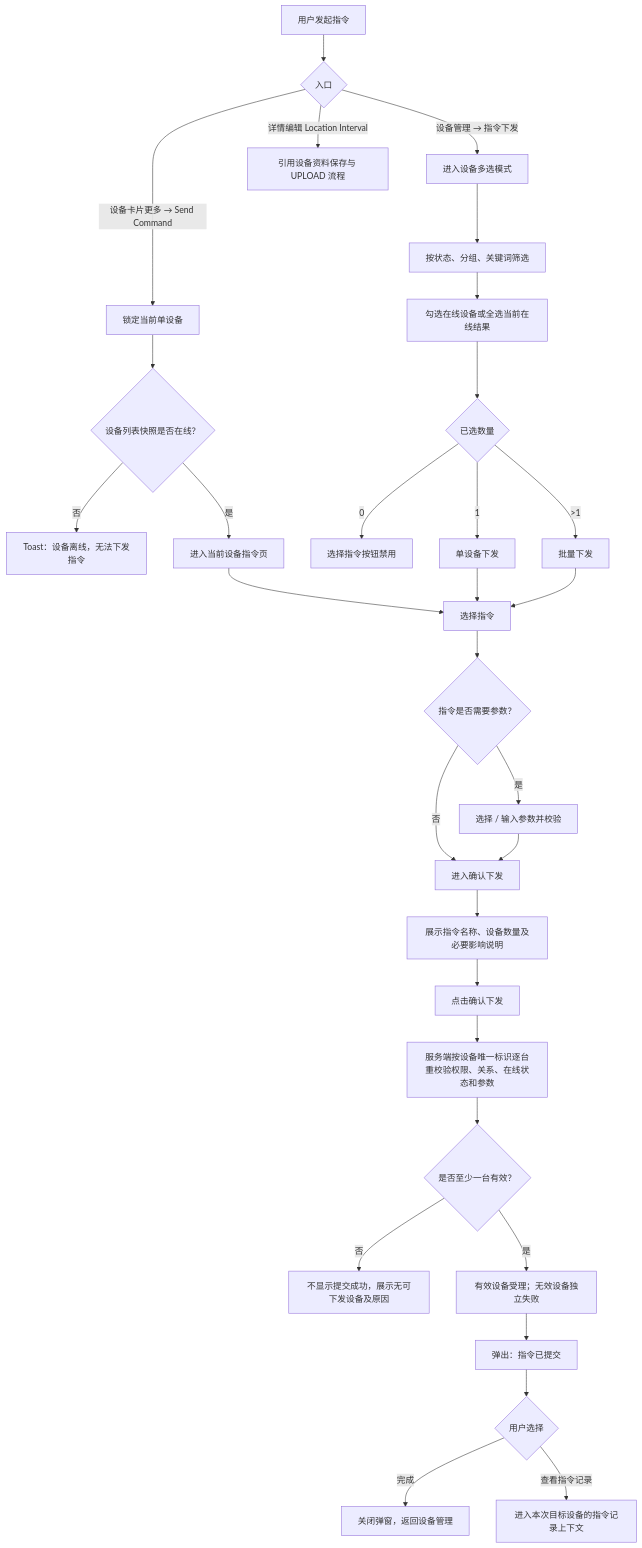
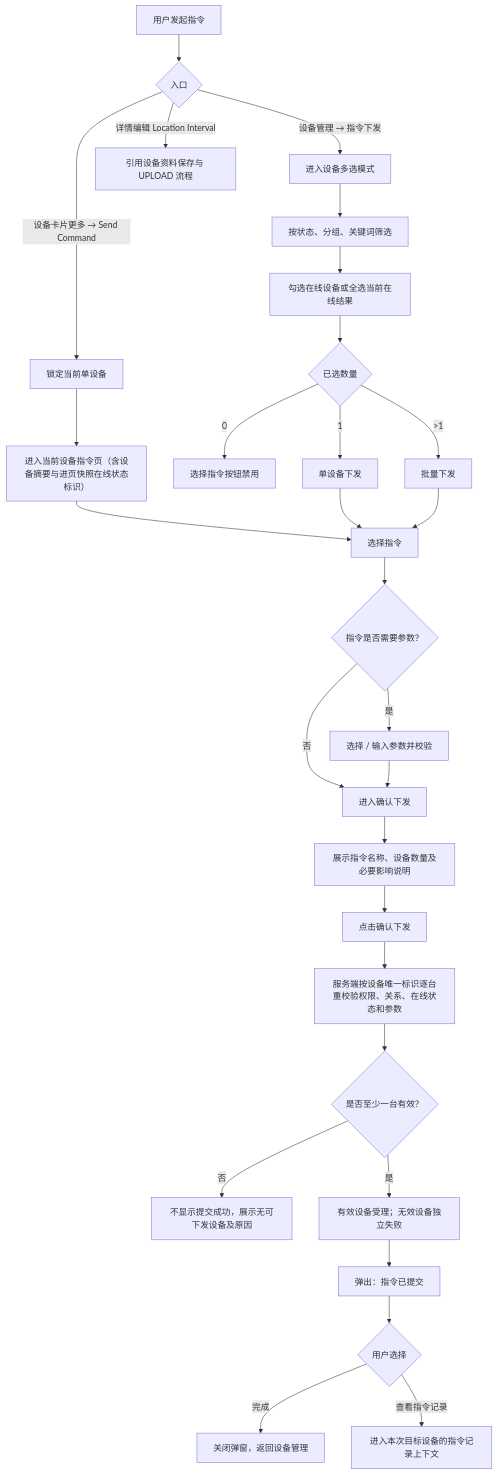
The diagram in docs/manuals/革泰/逻辑大纲/革泰 APP 指令单设备与批量下发逻辑点梳理 plan.md (CuMgNa/skills), drawn with Mermaid before and after one commit. The commit also changed other lines of this file and 179 other files, not shown here.

````diff
--- a/docs/manuals/革泰/逻辑大纲/革泰 APP 指令单设备与批量下发逻辑点梳理 plan.md
+++ b/docs/manuals/革泰/逻辑大纲/革泰 APP 指令单设备与批量下发逻辑点梳理 plan.md
@@ -122,36 +124,34 @@
 ```mermaid
 flowchart TD
     A["用户发起指令"] --> B{"入口"}
     B -->|"设备卡片更多 → Send Command"| C["锁定当前单设备"]
     B -->|"设备管理 → 指令下发"| D["进入设备多选模式"]
     B -->|"详情编辑 Location Interval"| E["引用设备资料保存与 UPLOAD 流程"]
 
-    C --> C1{"设备列表快照是否在线？"}
-    C1 -->|"否"| C2["Toast：设备离线，无法下发指令"]
-    C1 -->|"是"| F["进入当前设备指令页"]
+    C --> F["进入当前设备指令页（含设备摘要与进页快照在线状态标识）"]
 
     D --> D1["按状态、分组、关键词筛选"]
     D1 --> D2["勾选在线设备或全选当前在线结果"]
     D2 --> D3{"已选数量"}
     D3 -->|"0"| D4["选择指令按钮禁用"]
     D3 -->|"1"| G["单设备下发"]
     D3 -->|">1"| H["批量下发"]
 
     F --> I["选择指令"]
     G --> I
     H --> I
     I --> J{"指令是否需要参数？"}
     J -->|"是"| K["选择 / 输入参数并校验"]
     J -->|"否"| L["进入确认下发"]
     K --> L
     L --> M["展示指令名称、设备数量及必要影响说明"]
     M --> N["点击确认下发"]
     N --> O["服务端按设备唯一标识逐台重校验权限、关系、在线状态和参数"]
     O --> P{"是否至少一台有效？"}
     P -->|"否"| Q["不显示提交成功，展示无可下发设备及原因"]
     P -->|"是"| R["有效设备受理；无效设备独立失败"]
     R --> S["弹出：指令已提交"]
     S --> T{"用户选择"}
     T -->|"完成"| U["关闭弹窗，返回设备管理"]
     T -->|"查看指令记录"| V["进入本次目标设备的指令记录上下文"]
 ```
````
